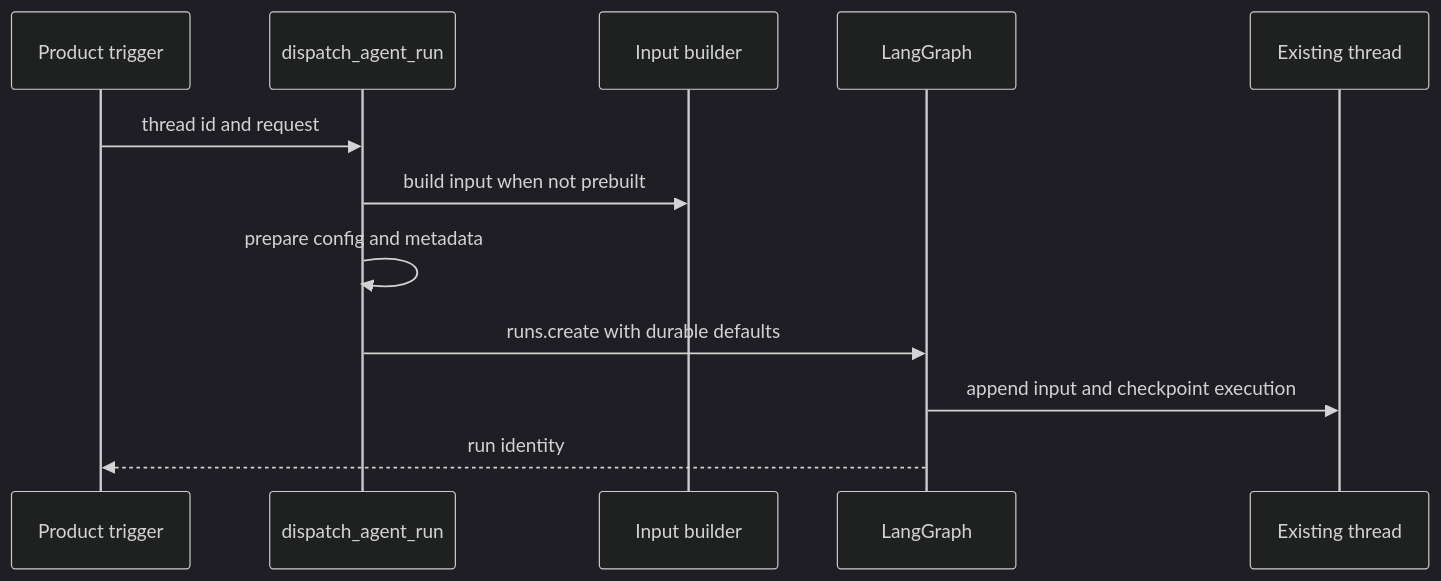
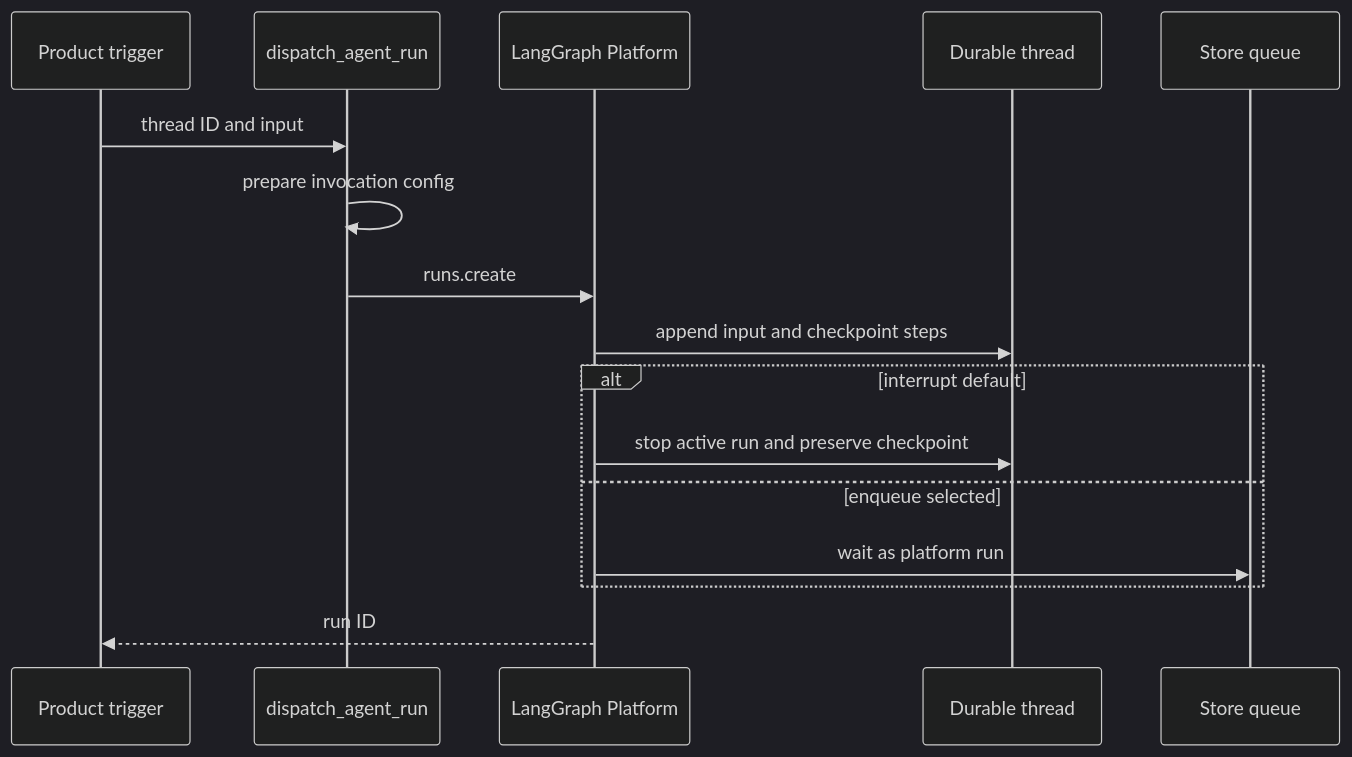
Before and after one commit to langchain-ai/open-swe: the second of 2 diagrams in openwiki/concepts/threads-and-state.md, drawn with Mermaid (dark theme). The commit also changed other lines of this file and 51 other files, not shown here.

````diff
--- a/openwiki/concepts/threads-and-state.md
+++ b/openwiki/concepts/threads-and-state.md
@@ -121,15 +101,19 @@
 ```mermaid
 sequenceDiagram
   participant Trigger as Product trigger
   participant Dispatch as dispatch_agent_run
-  participant Input as Input builder
-  participant LG as LangGraph
-  participant Thread as Existing thread
+  participant Platform as LangGraph Platform
+  participant Thread as Durable thread
+  participant Queue as Store queue
 
-  Trigger->>Dispatch: thread id and request
-  Dispatch->>Input: build input when not prebuilt
-  Dispatch->>Dispatch: prepare config and metadata
-  Dispatch->>LG: runs.create with durable defaults
-  LG->>Thread: append input and checkpoint execution
-  LG-->>Trigger: run identity
+  Trigger->>Dispatch: thread ID and input
+  Dispatch->>Dispatch: prepare invocation config
+  Dispatch->>Platform: runs.create
+  Platform->>Thread: append input and checkpoint steps
+  alt interrupt default
+    Platform->>Thread: stop active run and preserve checkpoint
+  else enqueue selected
+    Platform->>Queue: wait as platform run
+  end
+  Platform-->>Trigger: run ID
 ```
````
